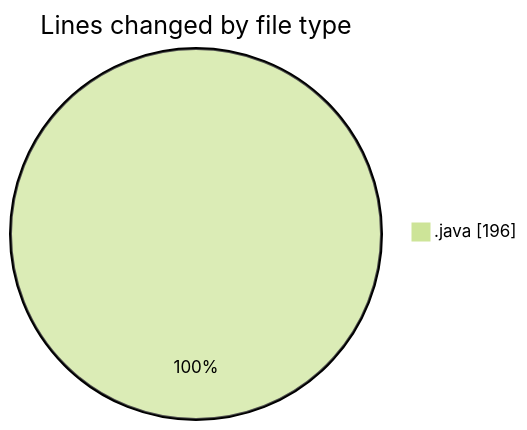
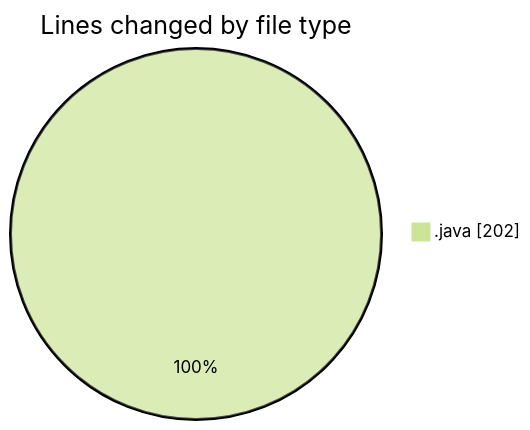
The first of 2 diagrams in 2025-02-27/project1/README.md (NitaiMahat/code-tracking), drawn with Mermaid (forest theme) before and after one commit. The commit also changed other lines of this file and 1 other file, not shown here.

````diff
--- a/2025-02-27/project1/README.md
+++ b/2025-02-27/project1/README.md
@@ -20,5 +20,5 @@
 ```mermaid
 pie showData
 title Lines changed by file type
-".java" : 196
+".java" : 202
 ```
````
